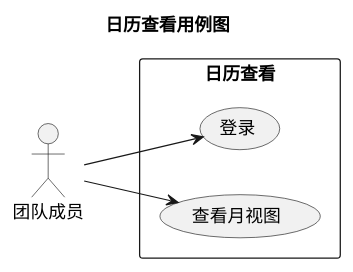
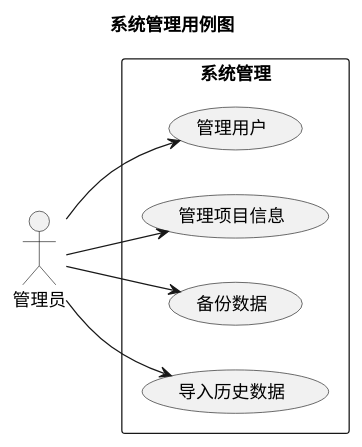
One commit to LampingSu/ocagents changed the fifth of 6 diagrams in 产品资料/0_需求/ConDili_软件需求规格说明书.md. Above: the diagram before and after it, drawn with PlantUML. The commit also changed other lines of this file and 3 other files, not shown here.

````diff
--- a/产品资料/0_需求/ConDili_软件需求规格说明书.md
+++ b/产品资料/0_需求/ConDili_软件需求规格说明书.md
@@ -406,12 +320,14 @@
 ```plantuml
 @startuml
-title 日历查看用例图
+title 系统管理用例图
 left to right direction
-actor 团队成员
+actor 管理员
 
-rectangle "日历查看" {
-  团队成员 --> (登录)
-  团队成员 --> (查看月视图)
+rectangle "系统管理" {
+  管理员 --> (管理用户)
+  管理员 --> (管理项目信息)
+  管理员 --> (备份数据)
+  管理员 --> (导入历史数据)
 }
 @enduml
 ```
````
